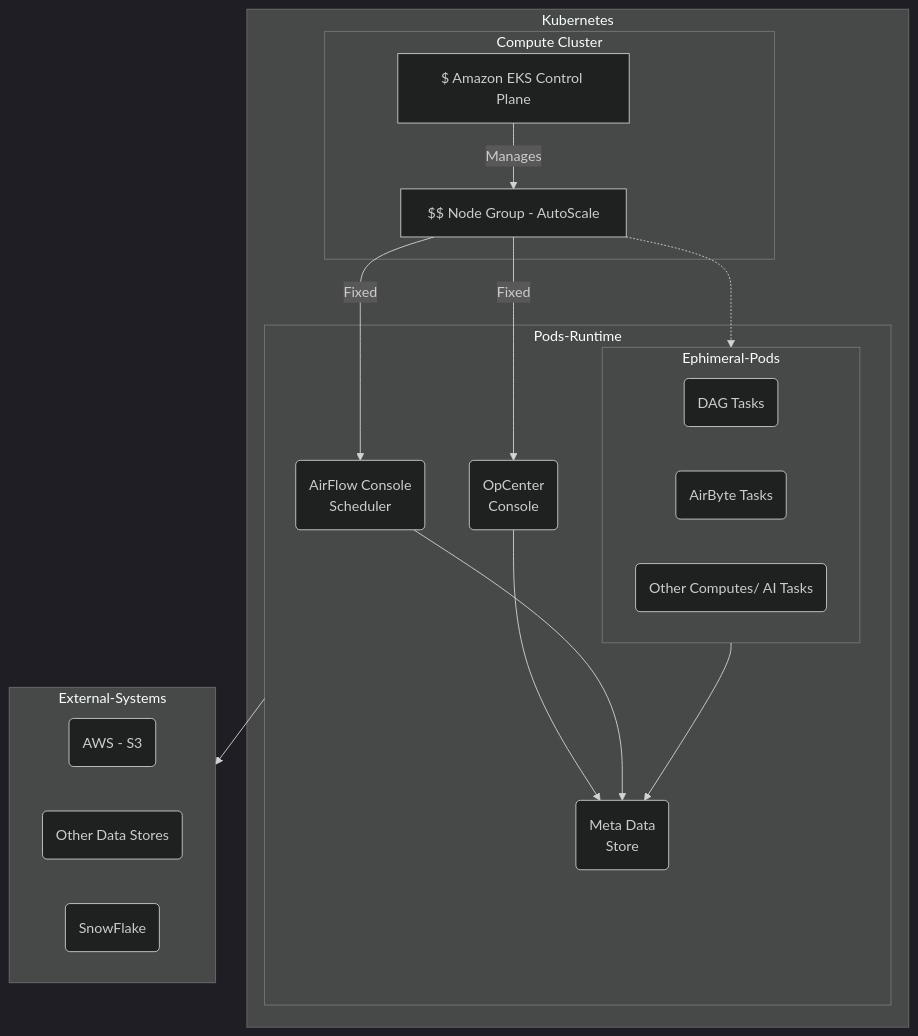
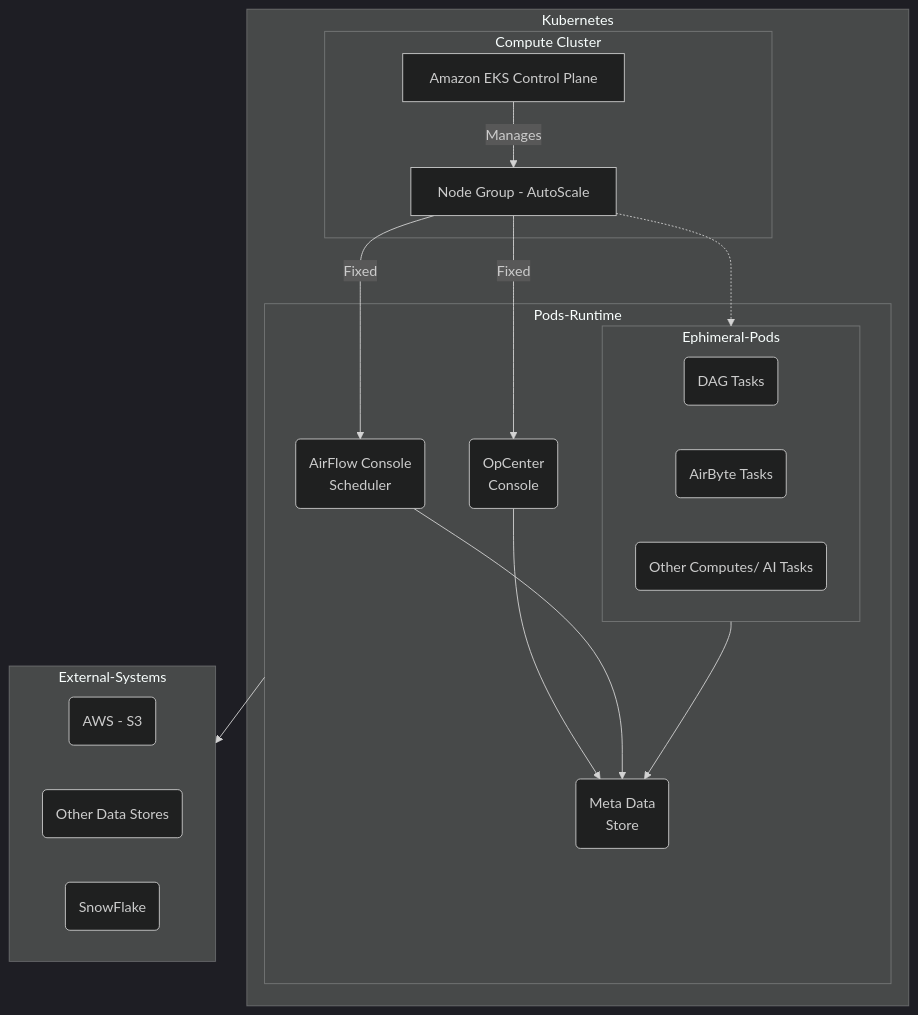
Before and after one commit to peddadap/design_templates: the eighth of 8 diagrams in README.md, drawn with Mermaid (dark theme).

````diff
--- a/README.md
+++ b/README.md
@@ -297,38 +297,38 @@
 ```mermaid
 graph TD
     subgraph Kubernetes
         subgraph Compute Cluster
-            A1[ $ Amazon EKS Control Plane]
-            A2[ $$ Node Group - AutoScale ]
+            A1[Amazon EKS Control Plane]
+            A2[Node Group - AutoScale ]
 
         end
 
         subgraph Pods-Runtime
             B1(AirFlow Console \n Scheduler)
             B2(Meta Data \n Store)
             B3(OpCenter
             Console)
             subgraph Ephimeral-Pods
                 C1(DAG Tasks)
                 C2(AirByte Tasks)
                 C3( Other Computes/ AI Tasks )
 
             end
         end
     end
     subgraph External-Systems
         D1(AWS - S3)
         D2(Other Data Stores)
         D3(SnowFlake)
     end
 
   A1-->|Manages| A2
   A2 -->|Fixed| B1
   A2-->|Fixed|B3
   A2-.->Ephimeral-Pods
   B3-->B2
   B1-->B2
   Ephimeral-Pods-->B2
   Pods-Runtime -->External-Systems
 
 ```
````
